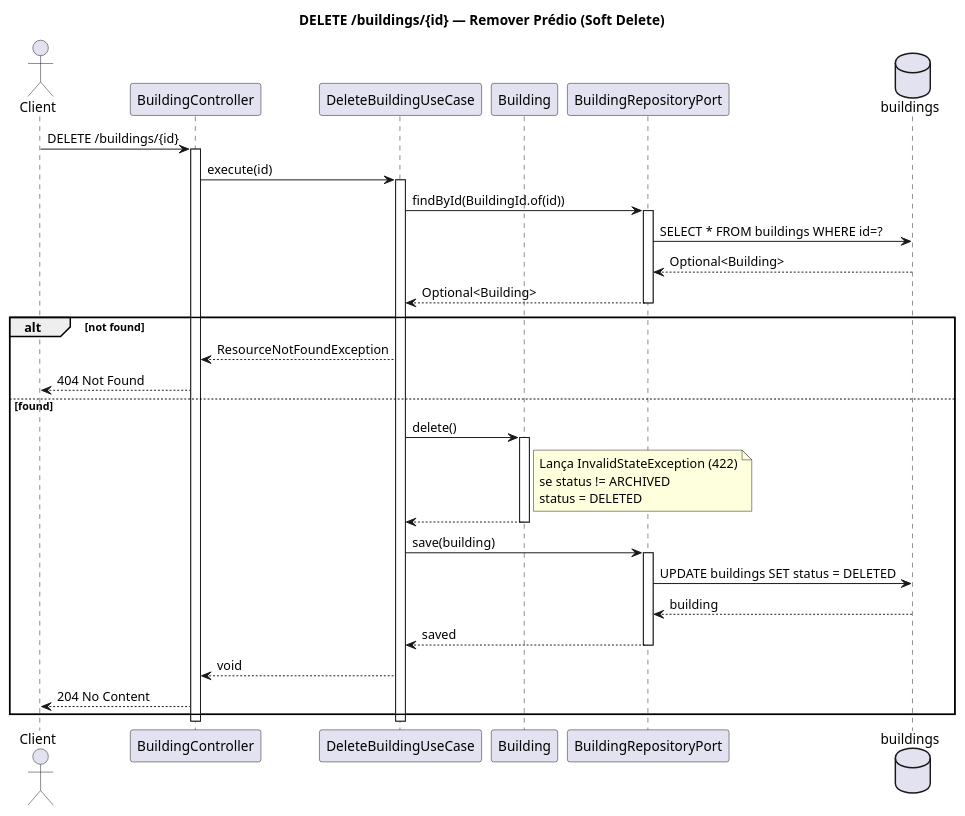
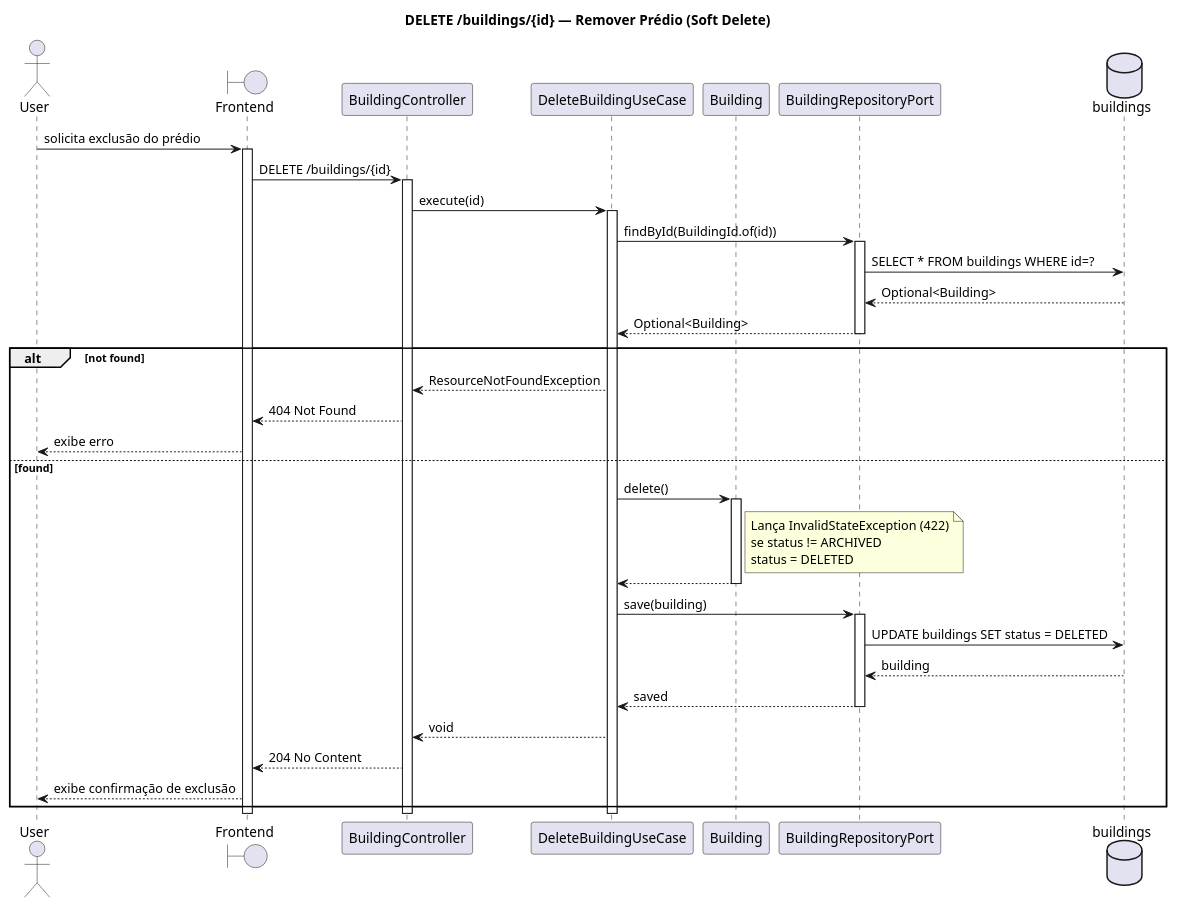
The diagram in sequencia/building/delete_building.puml (Neoguara/rooms-diagrams), drawn with PlantUML before and after one commit. The commit also changed 28 other files, not shown here.

```diff
--- a/sequencia/building/delete_building.puml
+++ b/sequencia/building/delete_building.puml
@@ -1,49 +1,55 @@
 @startuml delete_building
 
 title DELETE /buildings/{id} — Remover Prédio (Soft Delete)
 
-actor Client
+actor User
+boundary "Frontend" as FE
 participant "BuildingController" as Ctrl
 participant "DeleteBuildingUseCase" as UC
 participant "Building" as Entity
 participant "BuildingRepositoryPort" as Repo
 database "buildings" as DB
 
-Client -> Ctrl: DELETE /buildings/{id}
+User -> FE: solicita exclusão do prédio
+activate FE
+FE -> Ctrl: DELETE /buildings/{id}
 activate Ctrl
 
 Ctrl -> UC: execute(id)
 activate UC
 
 UC -> Repo: findById(BuildingId.of(id))
 activate Repo
 Repo -> DB: SELECT * FROM buildings WHERE id=?
 DB --> Repo: Optional<Building>
 Repo --> UC: Optional<Building>
 deactivate Repo
 
 alt not found
   UC --> Ctrl: ResourceNotFoundException
-  Ctrl --> Client: 404 Not Found
+  Ctrl --> FE: 404 Not Found
+  FE --> User: exibe erro
 else found
   UC -> Entity: delete()
   activate Entity
   note right of Entity: Lança InvalidStateException (422)\nse status != ARCHIVED\nstatus = DELETED
   Entity --> UC:
   deactivate Entity
 
   UC -> Repo: save(building)
   activate Repo
   Repo -> DB: UPDATE buildings SET status = DELETED
   DB --> Repo: building
   Repo --> UC: saved
   deactivate Repo
 
   UC --> Ctrl: void
-  Ctrl --> Client: 204 No Content
+  Ctrl --> FE: 204 No Content
+  FE --> User: exibe confirmação de exclusão
 end
 
 deactivate UC
 deactivate Ctrl
+deactivate FE
 
 @enduml
```
